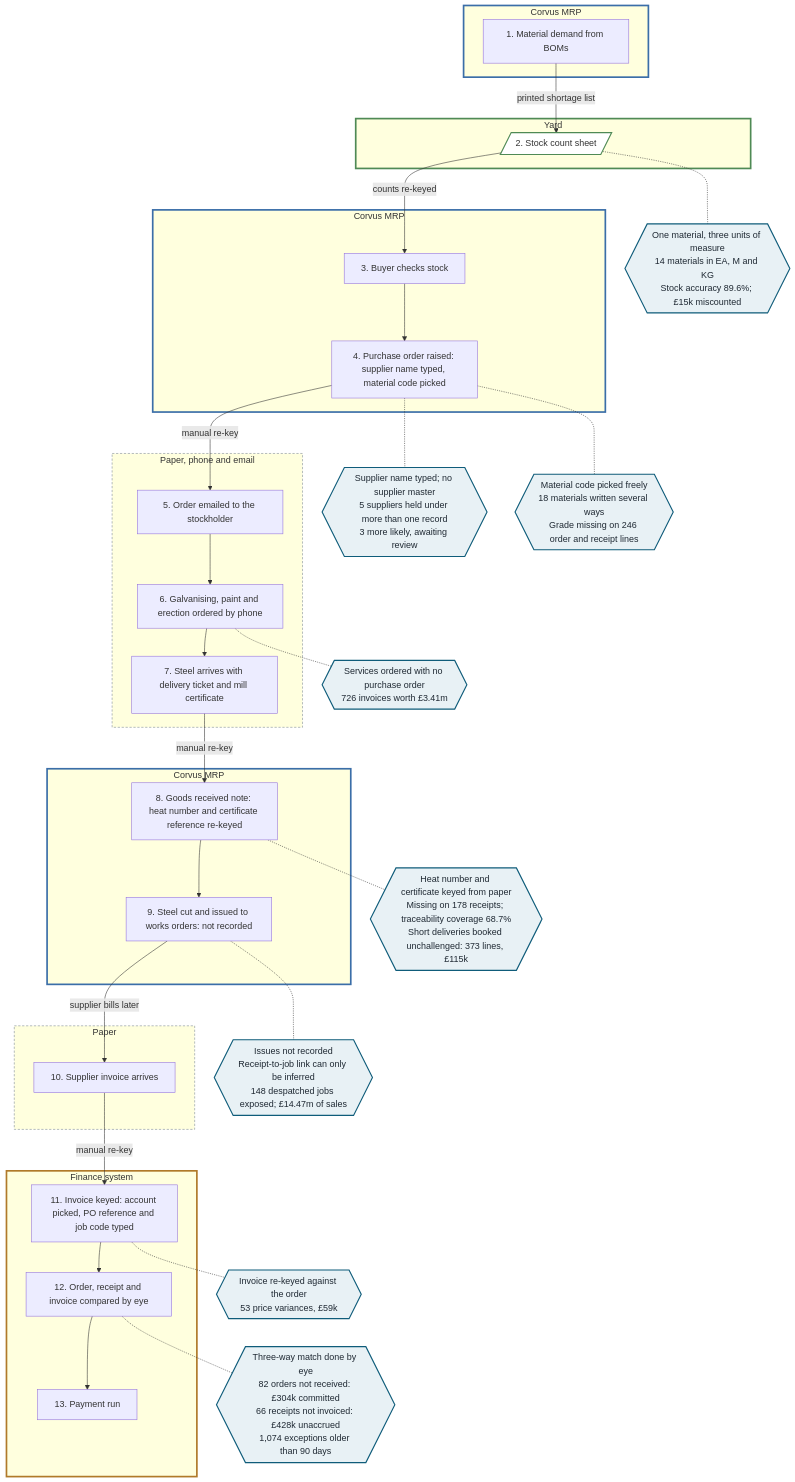
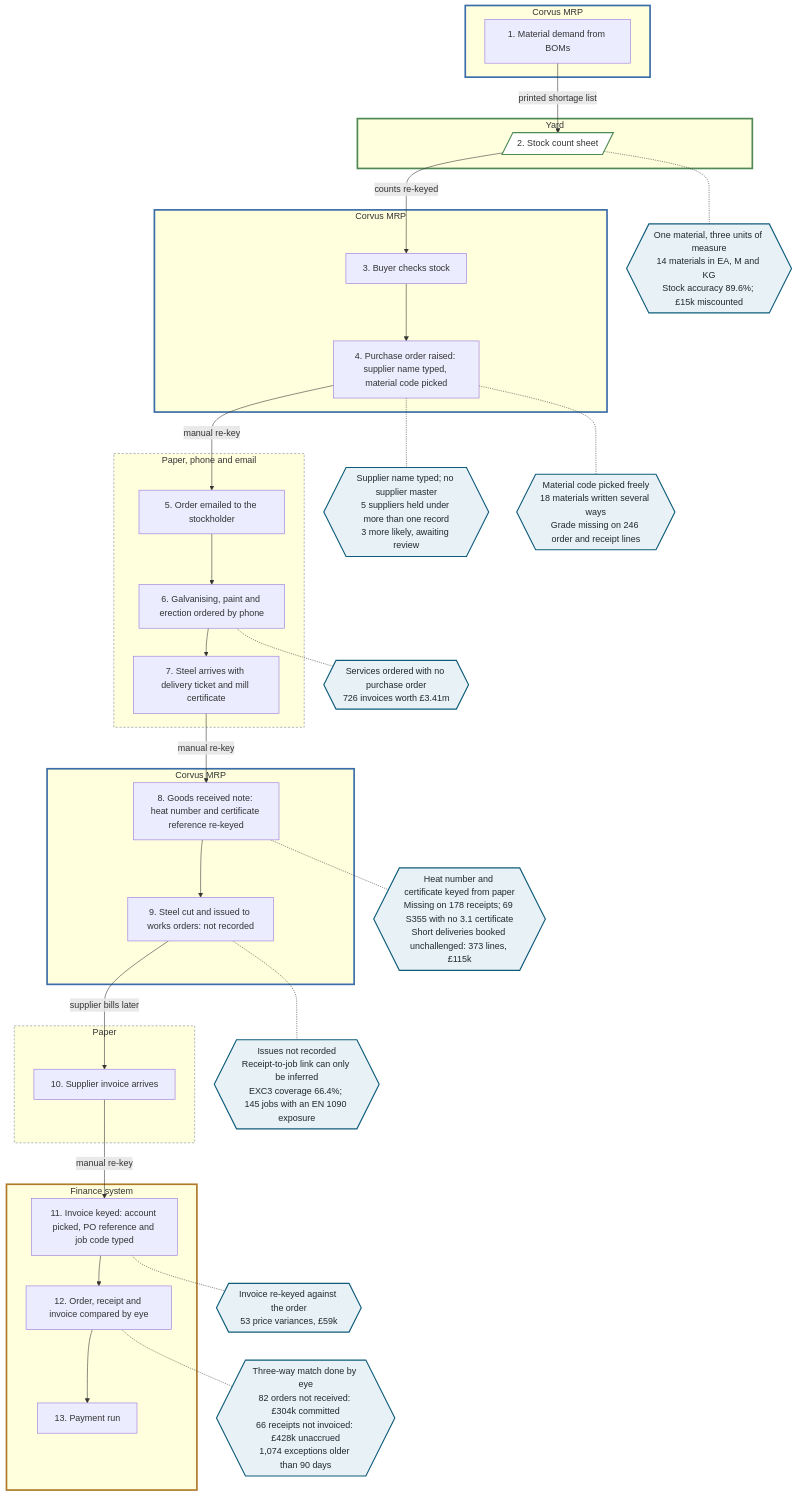
The diagram in docs/diagrams/as-is-procure-to-pay.mmd (Noyalg5/fabsync), drawn with Mermaid before and after one commit. The commit also changed 46 other files, not shown here.

```diff
--- a/docs/diagrams/as-is-procure-to-pay.mmd
+++ b/docs/diagrams/as-is-procure-to-pay.mmd
@@ -1,75 +1,75 @@
 %% AS-IS procure to pay. Demonstration prototype: all data is synthetic.
 %% Steps run top to bottom. Each box is a system boundary; a new box opens every time the work
 %% crosses into another system. Figures in the break points are measured by the FabSync
 %% reconciliation of the synthetic data.
 flowchart TB
   subgraph CO1["Corvus MRP"]
     K1["1. Material demand from BOMs"]
   end
   subgraph YA1["Yard"]
     Y1[/"2. Stock count sheet"/]
   end
   subgraph CO2["Corvus MRP"]
     K2["3. Buyer checks stock"]
     K3["4. Purchase order raised: supplier name typed, material code picked"]
   end
   subgraph PA1["Paper, phone and email"]
     X1["5. Order emailed to the stockholder"]
     X2["6. Galvanising, paint and erection ordered by phone"]
     X3["7. Steel arrives with delivery ticket and mill certificate"]
   end
   subgraph CO3["Corvus MRP"]
     K4["8. Goods received note: heat number and certificate reference re-keyed"]
     K5["9. Steel cut and issued to works orders: not recorded"]
   end
   subgraph PA2["Paper"]
     X4["10. Supplier invoice arrives"]
   end
   subgraph FI1["Finance system"]
     F1["11. Invoice keyed: account picked, PO reference and job code typed"]
     F2["12. Order, receipt and invoice compared by eye"]
     F3["13. Payment run"]
   end
 
   K1 -- "printed shortage list" --> Y1
   Y1 -- "counts re-keyed" --> K2
   K2 --> K3
   K3 -- "manual re-key" --> X1
   X1 --> X2
   X2 --> X3
   X3 -- "manual re-key" --> K4
   K4 --> K5
   K5 -- "supplier bills later" --> X4
   X4 -- "manual re-key" --> F1
   F1 --> F2
   F2 --> F3
 
   B3{{"One material, three units of measure<br/>14 materials in EA, M and KG<br/>Stock accuracy 89.6%; £15k miscounted"}}
   B1{{"Supplier name typed; no supplier master<br/>5 suppliers held under more than one record<br/>3 more likely, awaiting review"}}
   B2{{"Material code picked freely<br/>18 materials written several ways<br/>Grade missing on 246 order and receipt lines"}}
   B4{{"Services ordered with no purchase order<br/>726 invoices worth £3.41m"}}
-  B5{{"Heat number and certificate keyed from paper<br/>Missing on 178 receipts; traceability coverage 68.7%<br/>Short deliveries booked unchallenged: 373 lines, £115k"}}
-  B6{{"Issues not recorded<br/>Receipt-to-job link can only be inferred<br/>148 despatched jobs exposed; £14.47m of sales"}}
+  B5{{"Heat number and certificate keyed from paper<br/>Missing on 178 receipts; 69 S355 with no 3.1 certificate<br/>Short deliveries booked unchallenged: 373 lines, £115k"}}
+  B6{{"Issues not recorded<br/>Receipt-to-job link can only be inferred<br/>EXC3 coverage 66.4%; 145 jobs with an EN 1090 exposure"}}
   B8{{"Invoice re-keyed against the order<br/>53 price variances, £59k"}}
   B9{{"Three-way match done by eye<br/>82 orders not received: £304k committed<br/>66 receipts not invoiced: £428k unaccrued<br/>1,074 exceptions older than 90 days"}}
 
   Y1 -.- B3
   K3 -.- B1
   K3 -.- B2
   X2 -.- B4
   K4 -.- B5
   K5 -.- B6
   F1 -.- B8
   F2 -.- B9
 
   classDef brk fill:#E8F1F5,stroke:#0F5C7A,stroke-width:2px,color:#1F2933
   classDef sheet fill:#FFFFFF,stroke:#4F8A55,stroke-width:2px
   class B1,B2,B3,B4,B5,B6,B8,B9 brk
   class Y1 sheet
   style CO1 stroke:#3B6EA8,stroke-width:3px
   style CO2 stroke:#3B6EA8,stroke-width:3px
   style CO3 stroke:#3B6EA8,stroke-width:3px
   style FI1 stroke:#B07A2A,stroke-width:3px
   style YA1 stroke:#4F8A55,stroke-width:3px
   style PA1 stroke:#7B8794,stroke-dasharray:4 3
   style PA2 stroke:#7B8794,stroke-dasharray:4 3
```
